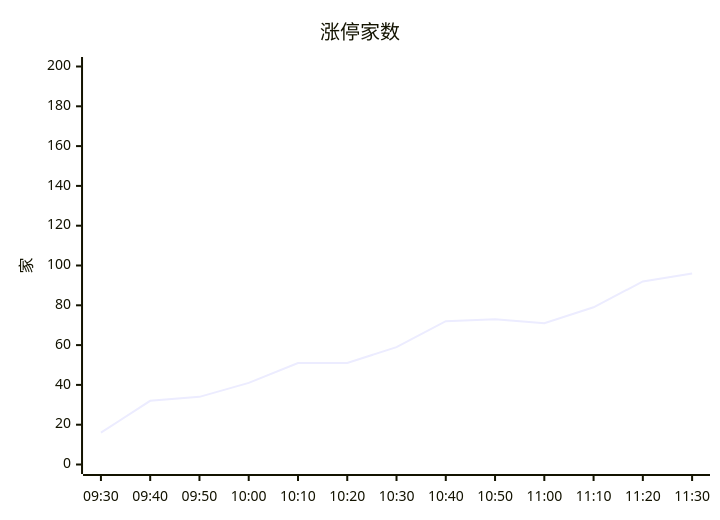
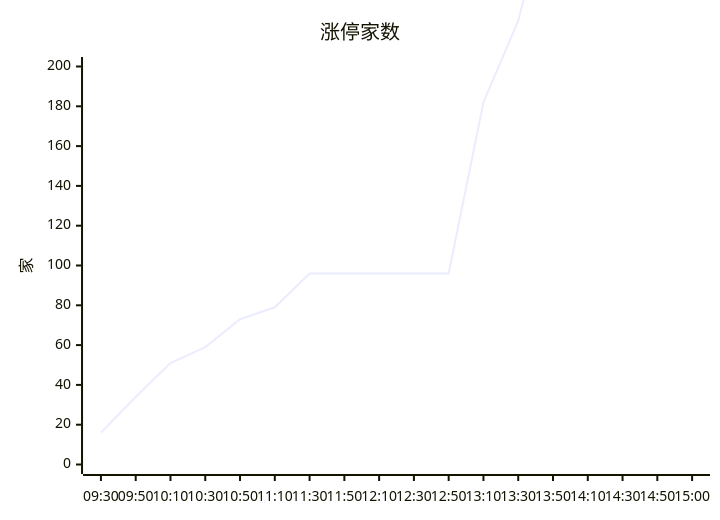
The third of 37 diagrams in content/投研交易/盘中分析/20261127.md (hesherchen-sketch/ray1992chzl), drawn with Mermaid before and after one commit. The commit also changed other lines of this file and 2 other files, not shown here.

````diff
--- a/content/投研交易/盘中分析/20261127.md
+++ b/content/投研交易/盘中分析/20261127.md
@@ -115,7 +138,7 @@
 ```mermaid
 xychart-beta
     title "涨停家数"
-    x-axis ["09:30", "09:40", "09:50", "10:00", "10:10", "10:20", "10:30", "10:40", "10:50", "11:00", "11:10", "11:20", "11:30"]
+    x-axis ["09:30", "09:50", "10:10", "10:30", "10:50", "11:10", "11:30", "11:50", "12:10", "12:30", "12:50", "13:10", "13:30", "13:50", "14:10", "14:30", "14:50", "15:00"]
     y-axis "家" 0 --> 200
-    line [16, 32, 34, 41, 51, 51, 59, 72, 73, 71, 79, 92, 96]
+    line [16, 34, 51, 59, 73, 79, 96, 96, 96, 96, 96, 182, 223, 291, 286, 348, 427, 439]
 ```
````
